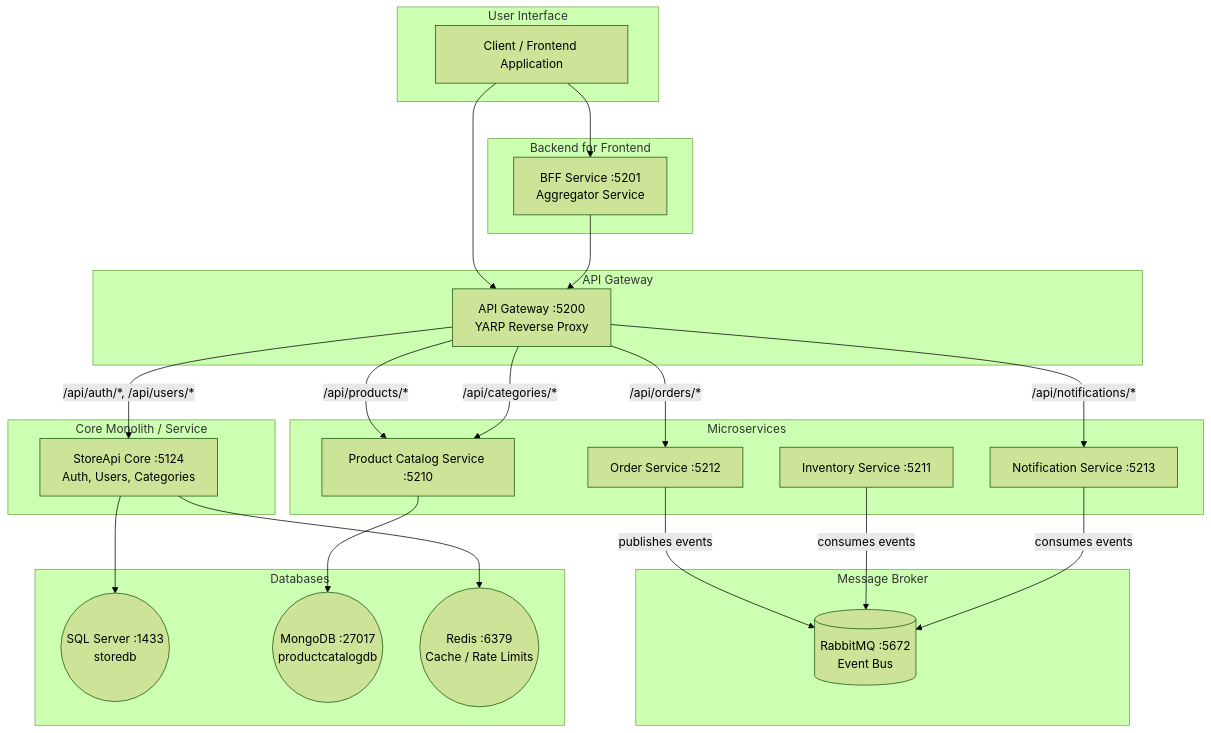
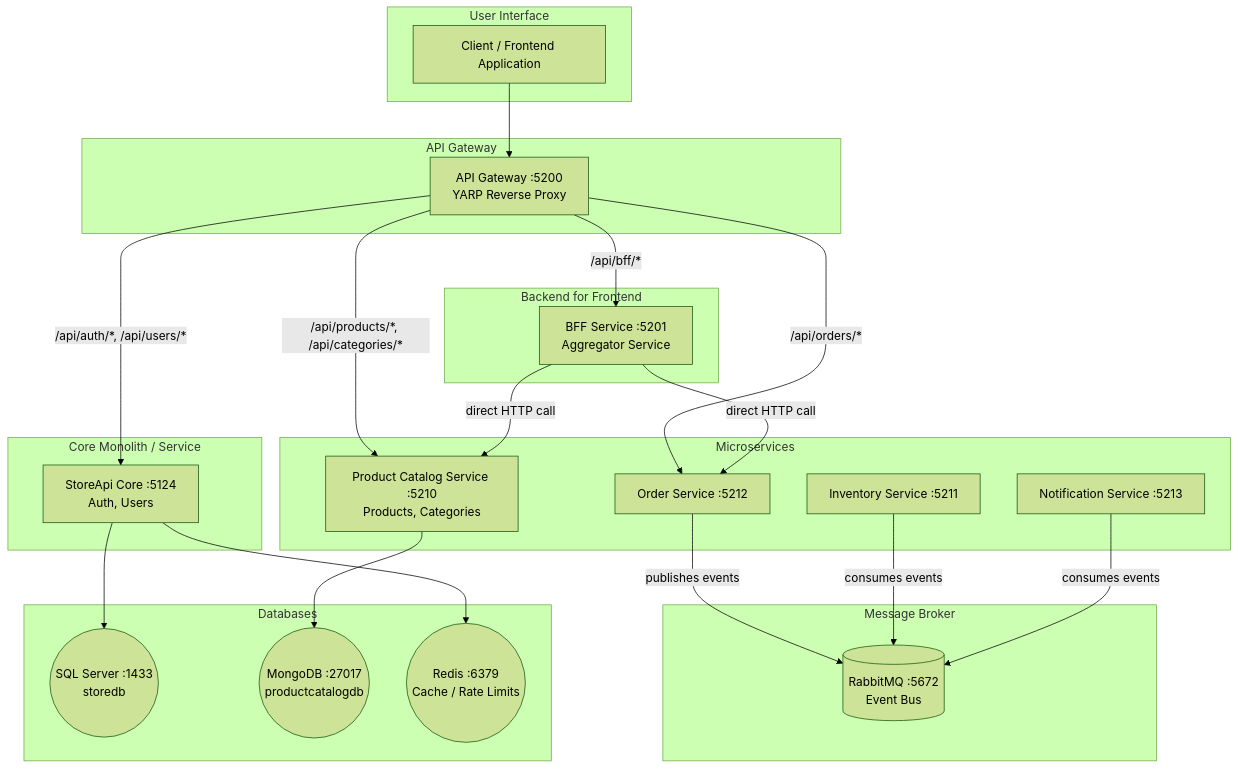
Before and after one commit to 0583232810tamar/StoreApi-Architecture: the diagram in README.md, drawn with Mermaid (forest theme).

Commit message:
update diagrama

````diff
--- a/README.md
+++ b/README.md
@@ -13,55 +13,54 @@
 ```mermaid
 graph TD
     subgraph User Interface
         Client[Client / Frontend Application]
     end
 
     subgraph API Gateway
         APIGateway[API Gateway :5200<br/>YARP Reverse Proxy]
     end
 
     subgraph Backend for Frontend
         BFF[BFF Service :5201<br/>Aggregator Service]
     end
 
     subgraph Core Monolith / Service
-        StoreApi[StoreApi Core :5124<br/>Auth, Users, Categories]
+        StoreApi[StoreApi Core :5124<br/>Auth, Users]
     end
 
     subgraph Microservices
-        ProductCatalog[Product Catalog Service :5210]
+        ProductCatalog[Product Catalog Service :5210<br/>Products, Categories]
         OrderService[Order Service :5212]
         InventoryService[Inventory Service :5211]
         NotificationService[Notification Service :5213]
     end
 
     subgraph Message Broker
         RabbitMQ[(RabbitMQ :5672<br/>Event Bus)]
     end
 
     subgraph Databases
         MainDb((SQL Server :1433<br/>storedb))
         MongoDb((MongoDB :27017<br/>productcatalogdb))
         RedisDb((Redis :6379<br/>Cache / Rate Limits))
     end
 
     Client --> APIGateway
-    Client --> BFF
-    
-    BFF --> APIGateway
 
-    APIGateway -- "/api/products/*" --> ProductCatalog
+    APIGateway -- "/api/auth/*, /api/users/*" --> StoreApi
+    APIGateway -- "/api/products/*, /api/categories/*" --> ProductCatalog
     APIGateway -- "/api/orders/*" --> OrderService
-    APIGateway -- "/api/auth/*, /api/users/*" --> StoreApi
-    APIGateway -- "/api/categories/*" --> ProductCatalog
-    APIGateway -- "/api/notifications/*" --> NotificationService
+    APIGateway -- "/api/bff/*" --> BFF
+
+    BFF -- "direct HTTP call" --> OrderService
+    BFF -- "direct HTTP call" --> ProductCatalog
 
     StoreApi --> MainDb
     StoreApi --> RedisDb
 
     ProductCatalog --> MongoDb
     
     OrderService -- "publishes events" --> RabbitMQ
     InventoryService -- "consumes events" --> RabbitMQ
     NotificationService -- "consumes events" --> RabbitMQ
 ```
````
